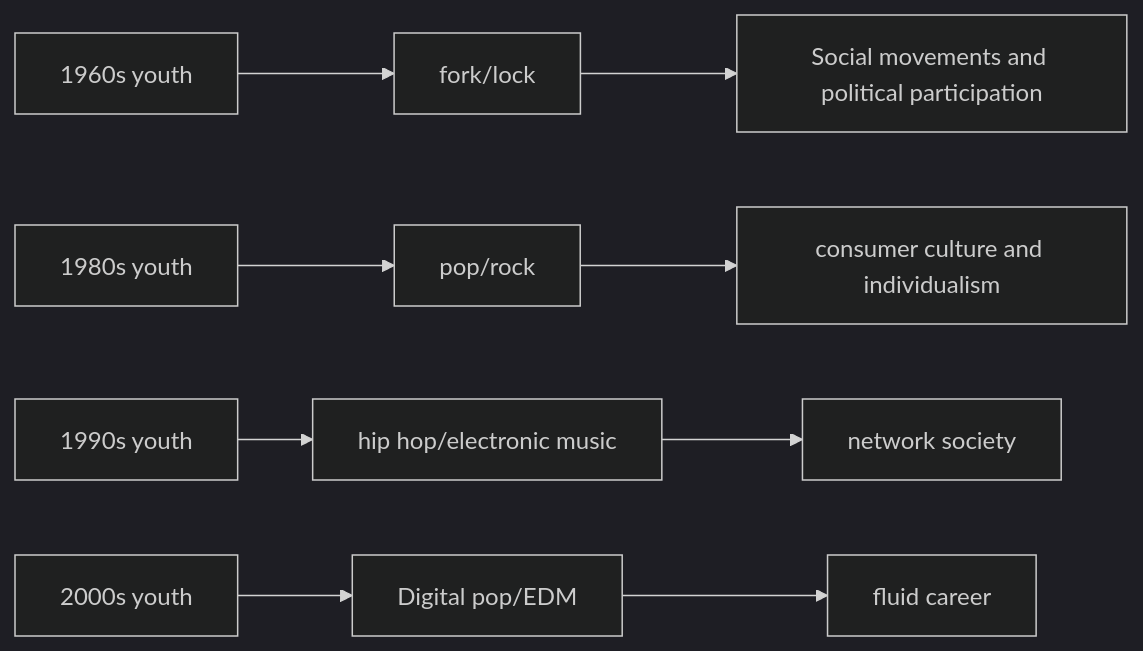
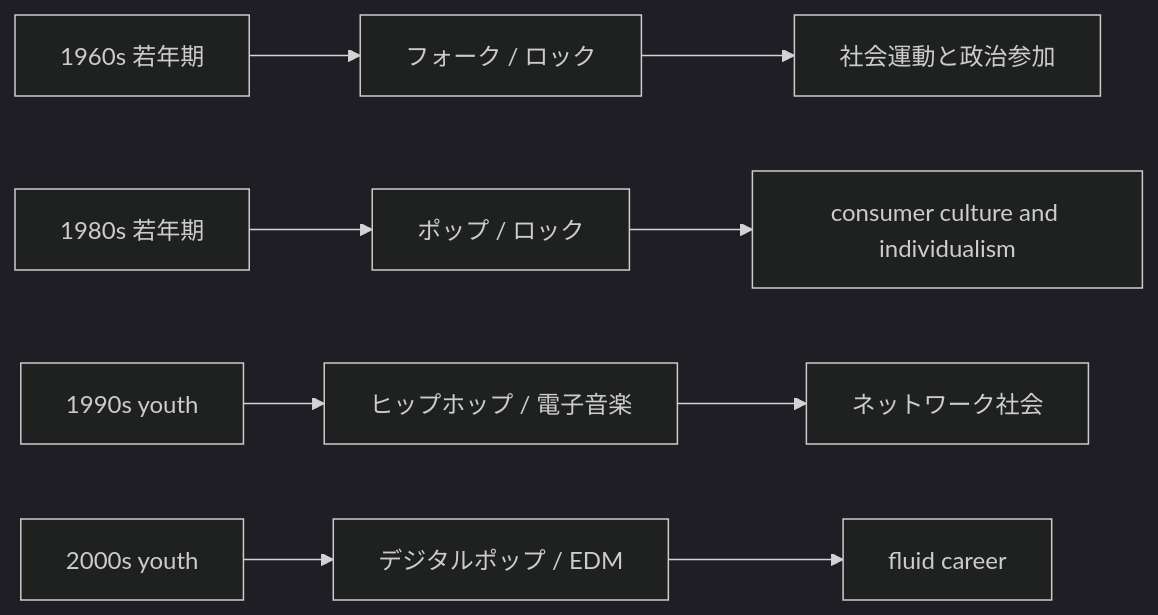
The first of 2 diagrams in en/_posts/2026-02-14-column-sociology-youth-culture-generation.md (monumental-movement/monumental-movement.github.io), drawn with Mermaid (dark theme) before and after one commit. The commit also changed other lines of this file and 2196 other files, not shown here.

```diff
--- a/en/_posts/2026-02-14-column-sociology-youth-culture-generation.md
+++ b/en/_posts/2026-02-14-column-sociology-youth-culture-generation.md
@@ -179,11 +179,11 @@
 <div class="mermaid">
 flowchart LR
-A[1960s youth] --> B[fork/lock]
-B --> C[Social movements and political participation]
-D[1980s youth] --> E[pop/rock]
+A[1960s 若年期] --> B[フォーク / ロック]
+B --> C[社会運動と政治参加]
+D[1980s 若年期] --> E[ポップ / ロック]
 E --> F[consumer culture and individualism]
-G[1990s youth] --> H[hip hop/electronic music]
-H --> I[network society]
-J[2000s youth] --> K[Digital pop/EDM]
+G[1990s youth] --> H[ヒップホップ / 電子音楽]
+H --> I[ネットワーク社会]
+J[2000s youth] --> K[デジタルポップ / EDM]
 K --> L[fluid career]
 </div>
```
